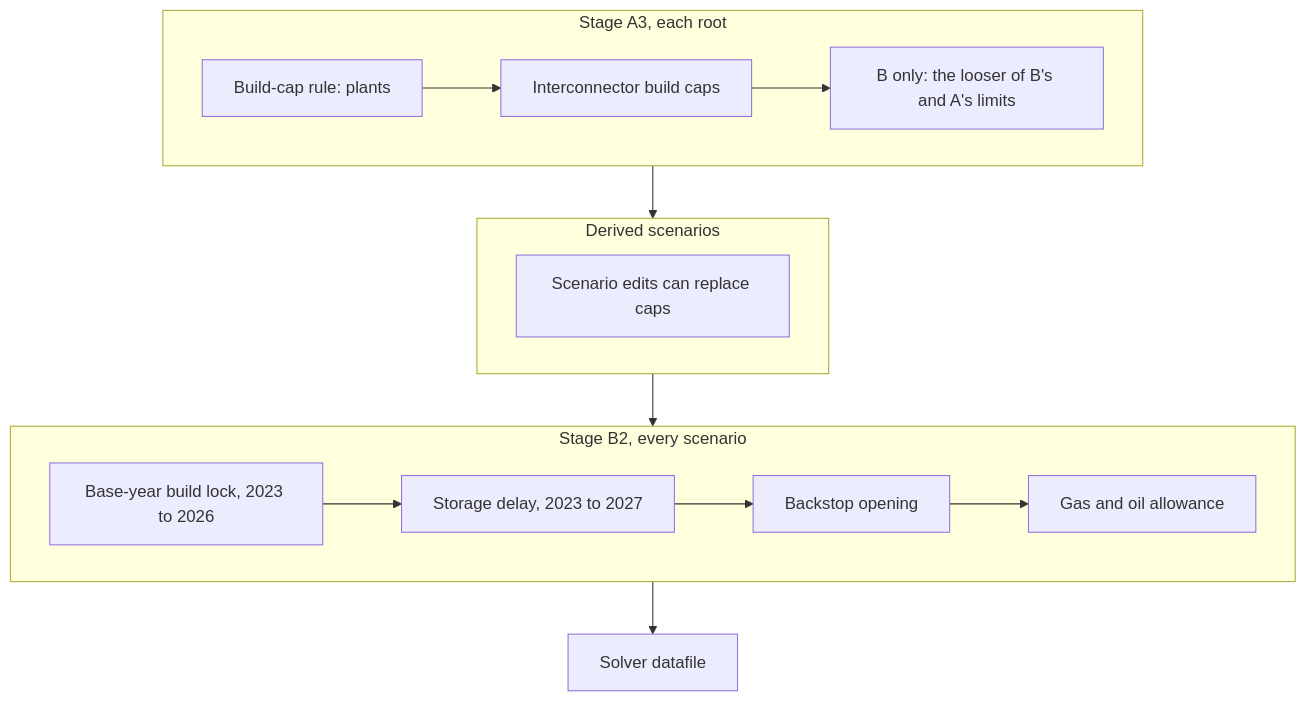
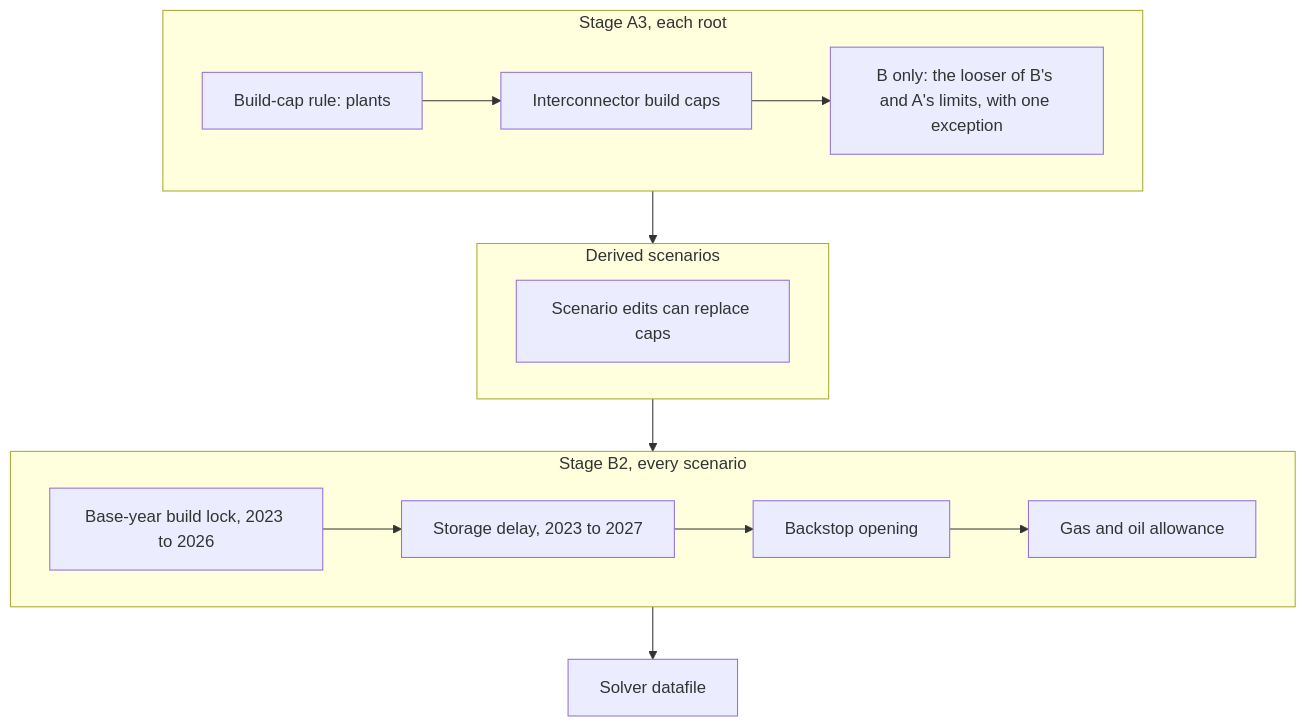
Before and after one commit to Climate-Lead-Group/OSTRAM: the first of 2 diagrams in docs/guides/build-limits.md, drawn with Mermaid. The commit also changed other lines of this file and 8 other files, not shown here.

````diff
--- a/docs/guides/build-limits.md
+++ b/docs/guides/build-limits.md
@@ -13,16 +13,16 @@
 ```mermaid
 flowchart TB
     subgraph A3["Stage A3, each root"]
         R["Build-cap rule: plants"] --> I["Interconnector build caps"]
-        I --> X["B only: the looser of B's and A's limits"]
+        I --> X["B only: the looser of B's and A's limits, with one exception"]
     end
     subgraph DS["Derived scenarios"]
         E["Scenario edits can replace caps"]
     end
     subgraph B2["Stage B2, every scenario"]
         L["Base-year build lock, 2023 to 2026"] --> S["Storage delay, 2023 to 2027"]
         S --> BK["Backstop opening"]
         BK --> G["Gas and oil allowance"]
     end
     A3 --> DS --> B2 --> D["Solver datafile"]
 ```
````
